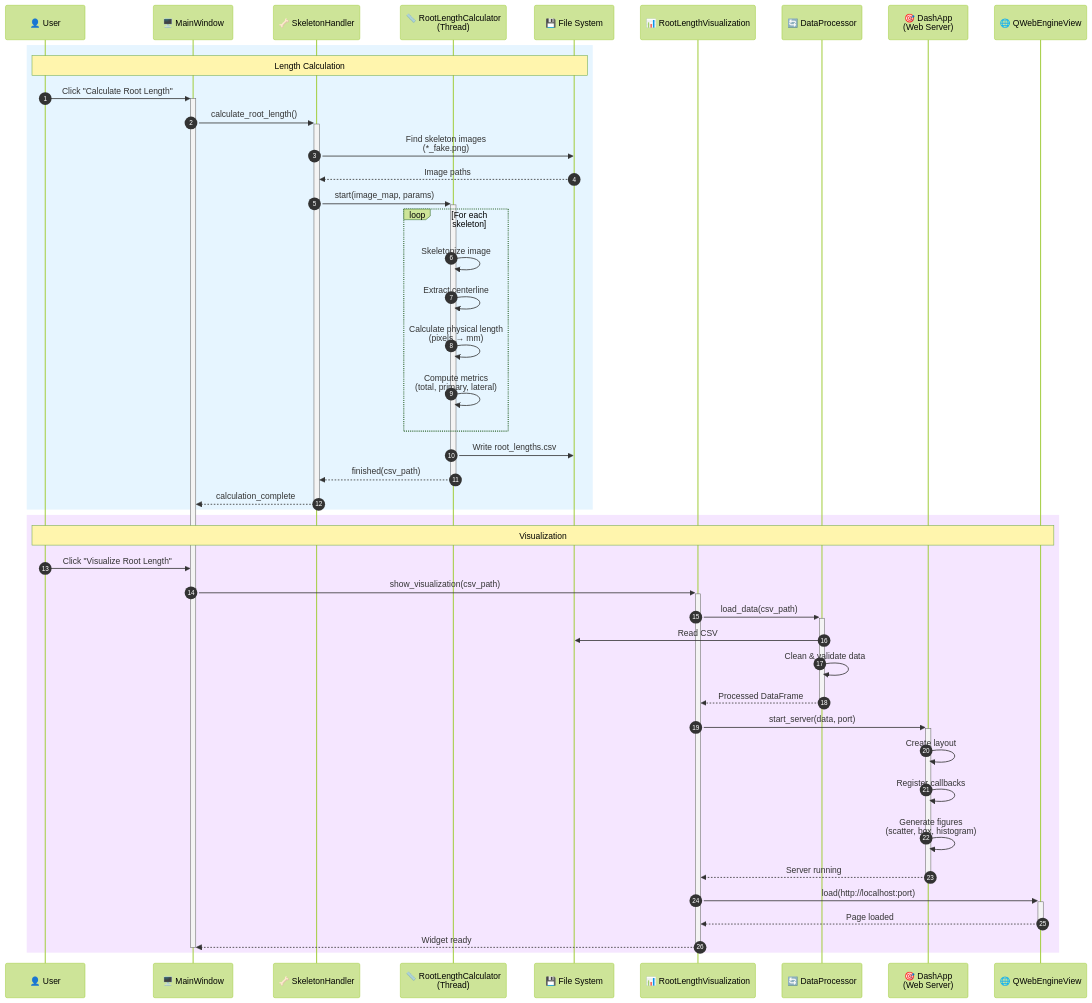
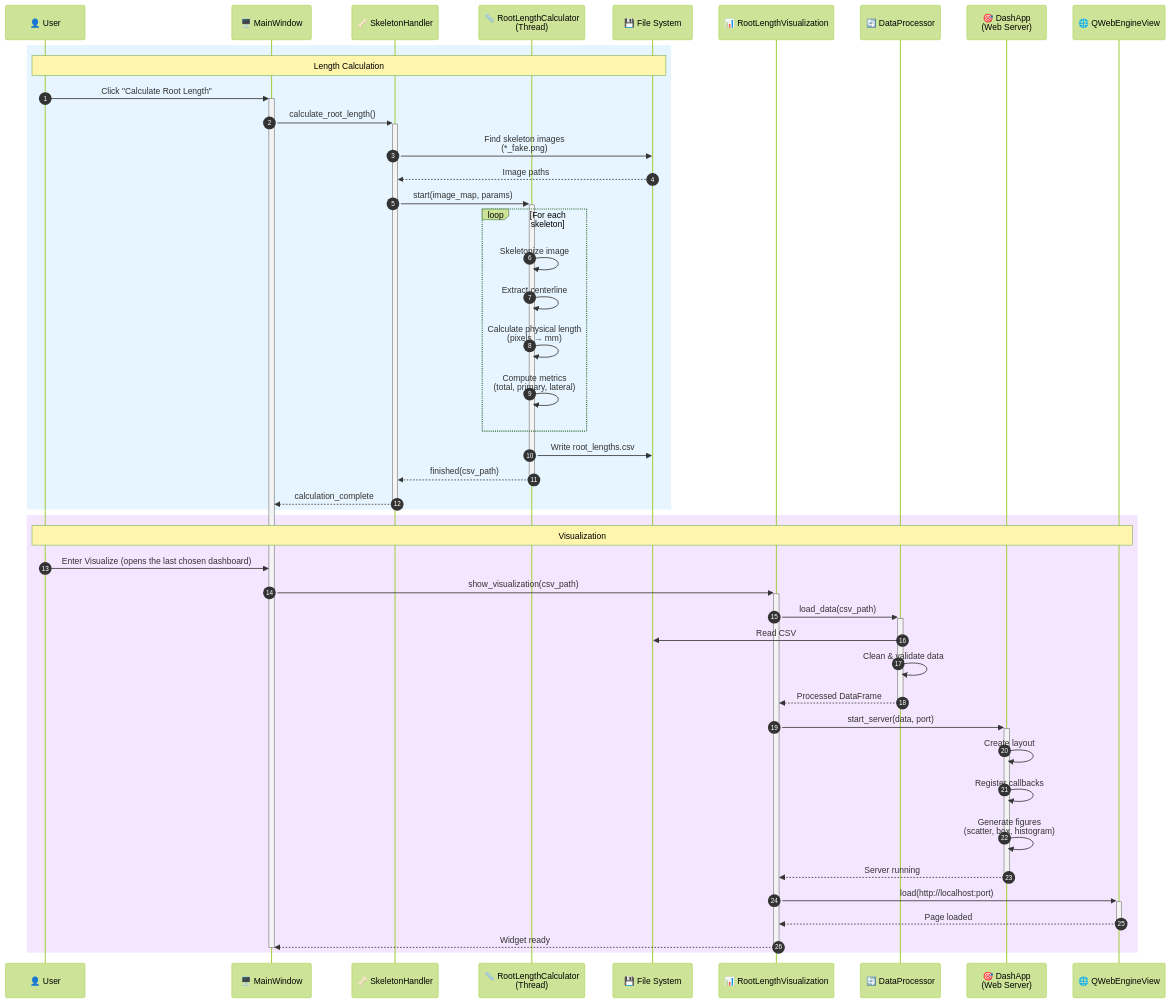
One commit to leakey-lab/SPROUTS changed the seventh of 9 diagrams in docs/Architecture_2.md. Above: the diagram before and after it, drawn with Mermaid (forest theme). The commit also changed other lines of this file and 8 other files, not shown here.

````diff
--- a/docs/Architecture_2.md
+++ b/docs/Architecture_2.md
@@ -376,57 +385,57 @@
 ```mermaid
 sequenceDiagram
     %% Styling
     autonumber
     
     participant U as 👤 User
     participant MW as 🖥️ MainWindow
     participant SKH as 🦴 SkeletonHandler
     participant RLC as 📏 RootLengthCalculator<br/>(Thread)
     participant FS as 💾 File System
     participant RLV as 📊 RootLengthVisualization
     participant DP as 🔄 DataProcessor
     participant DASH as 🎯 DashApp<br/>(Web Server)
     participant WEB as 🌐 QWebEngineView
 
     rect rgb(230, 245, 255)
         Note over U,FS: Length Calculation
         U->>+MW: Click "Calculate Root Length"
         MW->>+SKH: calculate_root_length()
         SKH->>FS: Find skeleton images<br/>(*_fake.png)
         FS-->>SKH: Image paths
         SKH->>+RLC: start(image_map, params)
         
         loop For each skeleton
             RLC->>RLC: Skeletonize image
             RLC->>RLC: Extract centerline
             RLC->>RLC: Calculate physical length<br/>(pixels → mm)
             RLC->>RLC: Compute metrics<br/>(total, primary, lateral)
         end
         
         RLC->>FS: Write root_lengths.csv
         RLC-->>-SKH: finished(csv_path)
         SKH-->>-MW: calculation_complete
     end
 
     rect rgb(245, 230, 255)
         Note over U,WEB: Visualization
-        U->>MW: Click "Visualize Root Length"
+        U->>MW: Enter Visualize (opens the last chosen dashboard)
         MW->>+RLV: show_visualization(csv_path)
         RLV->>+DP: load_data(csv_path)
         DP->>FS: Read CSV
         DP->>DP: Clean & validate data
         DP-->>-RLV: Processed DataFrame
         
         RLV->>+DASH: start_server(data, port)
         DASH->>DASH: Create layout
         DASH->>DASH: Register callbacks
         DASH->>DASH: Generate figures<br/>(scatter, box, histogram)
         DASH-->>-RLV: Server running
         
         RLV->>+WEB: load(http://localhost:port)
         WEB-->>-RLV: Page loaded
         RLV-->>MW: Widget ready
         deactivate RLV
         deactivate MW
     end
 ```
````
